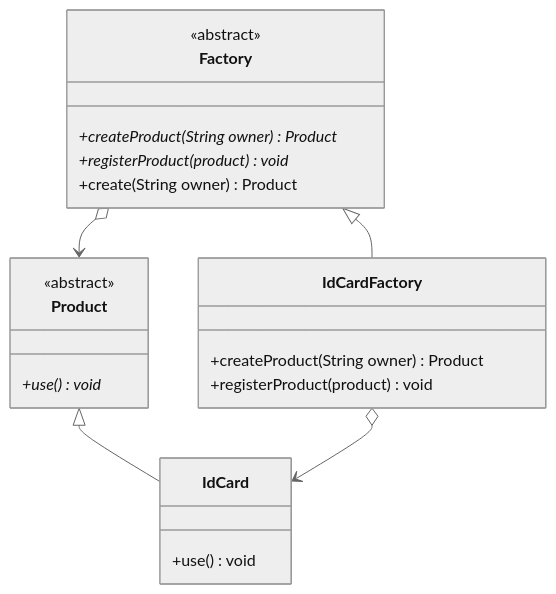
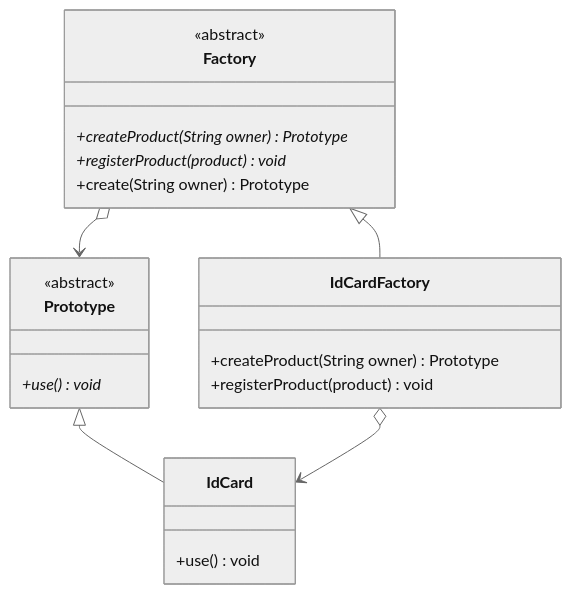
One commit to ElzatAhmed/design-patterns changed the diagram in src/factoryMethod/factoryMethod.md. Above: the diagram before and after it, drawn with Mermaid (neutral theme). The commit also changed 9 other files, not shown here.

````diff
--- a/src/factoryMethod/factoryMethod.md
+++ b/src/factoryMethod/factoryMethod.md
@@ -1,29 +1,29 @@
 ```mermaid
 classDiagram
 
 class Factory{
 	<<abstract>>
-	+createProduct(String owner)*Product
+	+createProduct(String owner)*Prototype
 	+registerProduct(product)*void
-	+create(String owner)Product
+	+create(String owner)Prototype
 }
 
-class Product{
+class Prototype{
 	<<abstract>>
 	+use()*void
 }
 
 class IdCardFactory{
-	+createProduct(String owner)Product
+	+createProduct(String owner)Prototype
 	+registerProduct(product)void
 }
 
 class IdCard{
 	+use()void
 }
 
 Factory <|-- IdCardFactory
-Factory o--> Product
-Product <|-- IdCard
+Factory o--> Prototype
+Prototype <|-- IdCard
 IdCardFactory o--> IdCard
 ```
````
